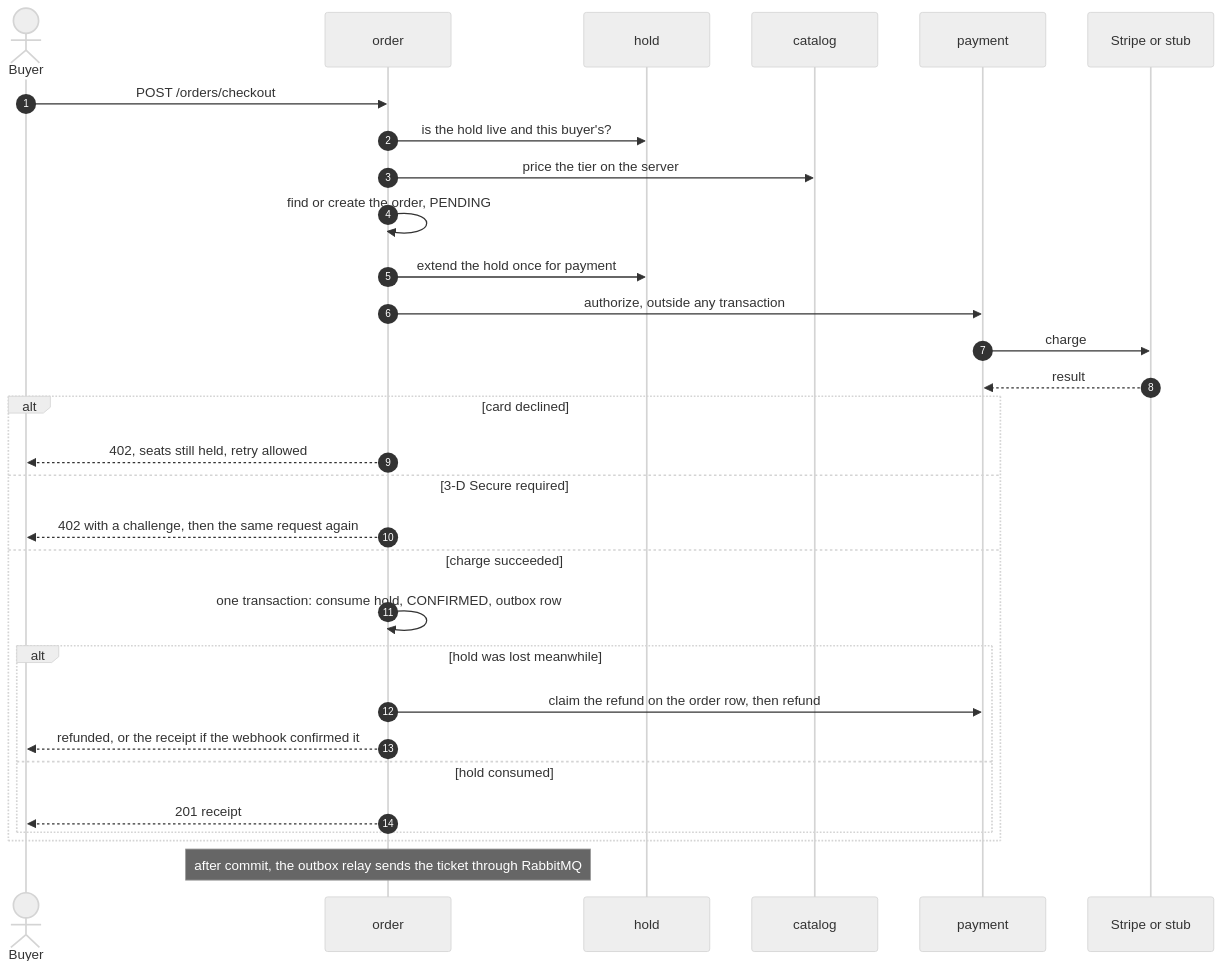
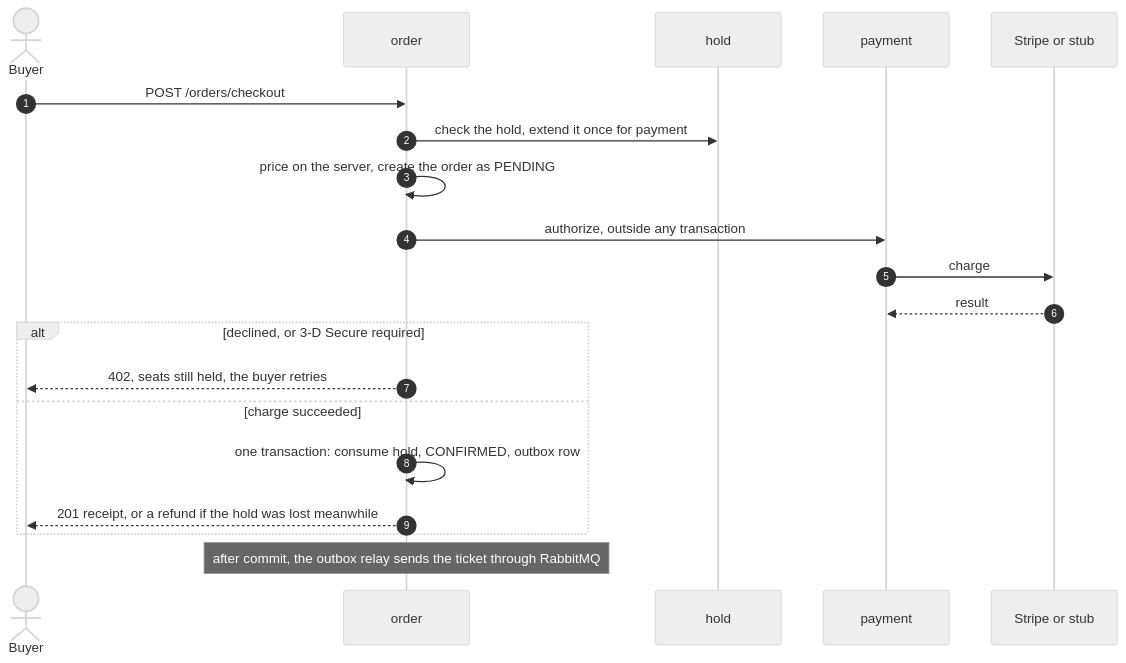
The fifth of 5 diagrams in README.md (eshedhayoun/FlashSeats), drawn with Mermaid (neutral theme) before and after one commit. The commit also changed other lines of this file, not shown here.

Commit message:
REFACTOR | drop the use-case figure, trim the checkout sequence

````diff
--- a/README.md
+++ b/README.md
@@ -371,33 +343,23 @@
 ```mermaid
 sequenceDiagram
     autonumber
     actor Buyer
     participant Order as order
     participant Hold as hold
-    participant Catalog as catalog
     participant Payment as payment
     participant Provider as Stripe or stub
 
     Buyer->>Order: POST /orders/checkout
-    Order->>Hold: is the hold live and this buyer's?
-    Order->>Catalog: price the tier on the server
-    Order->>Order: find or create the order, PENDING
-    Order->>Hold: extend the hold once for payment
+    Order->>Hold: check the hold, extend it once for payment
+    Order->>Order: price on the server, create the order as PENDING
     Order->>Payment: authorize, outside any transaction
     Payment->>Provider: charge
     Provider-->>Payment: result
-    alt card declined
-        Order-->>Buyer: 402, seats still held, retry allowed
-    else 3-D Secure required
-        Order-->>Buyer: 402 with a challenge, then the same request again
+    alt declined, or 3-D Secure required
+        Order-->>Buyer: 402, seats still held, the buyer retries
     else charge succeeded
         Order->>Order: one transaction: consume hold, CONFIRMED, outbox row
-        alt hold was lost meanwhile
-            Order->>Payment: claim the refund on the order row, then refund
-            Order-->>Buyer: refunded, or the receipt if the webhook confirmed it
-        else hold consumed
-            Order-->>Buyer: 201 receipt
-        end
+        Order-->>Buyer: 201 receipt, or a refund if the hold was lost meanwhile
     end
     Note over Order: after commit, the outbox relay sends the ticket through RabbitMQ
 ```
````
